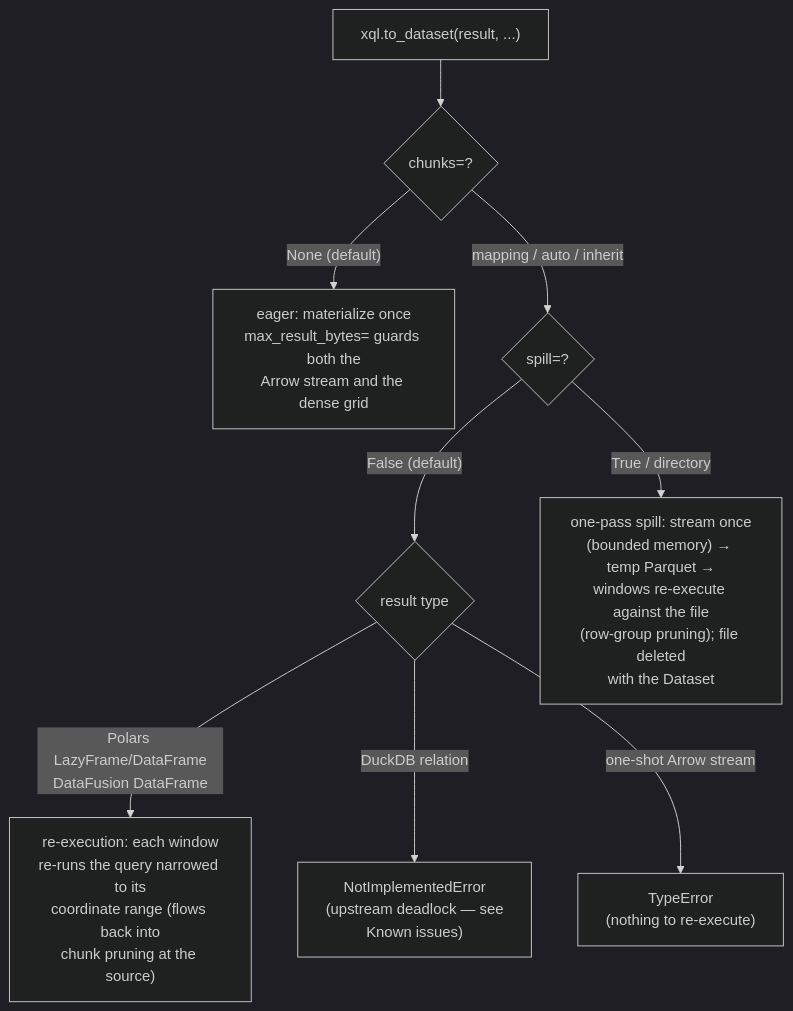
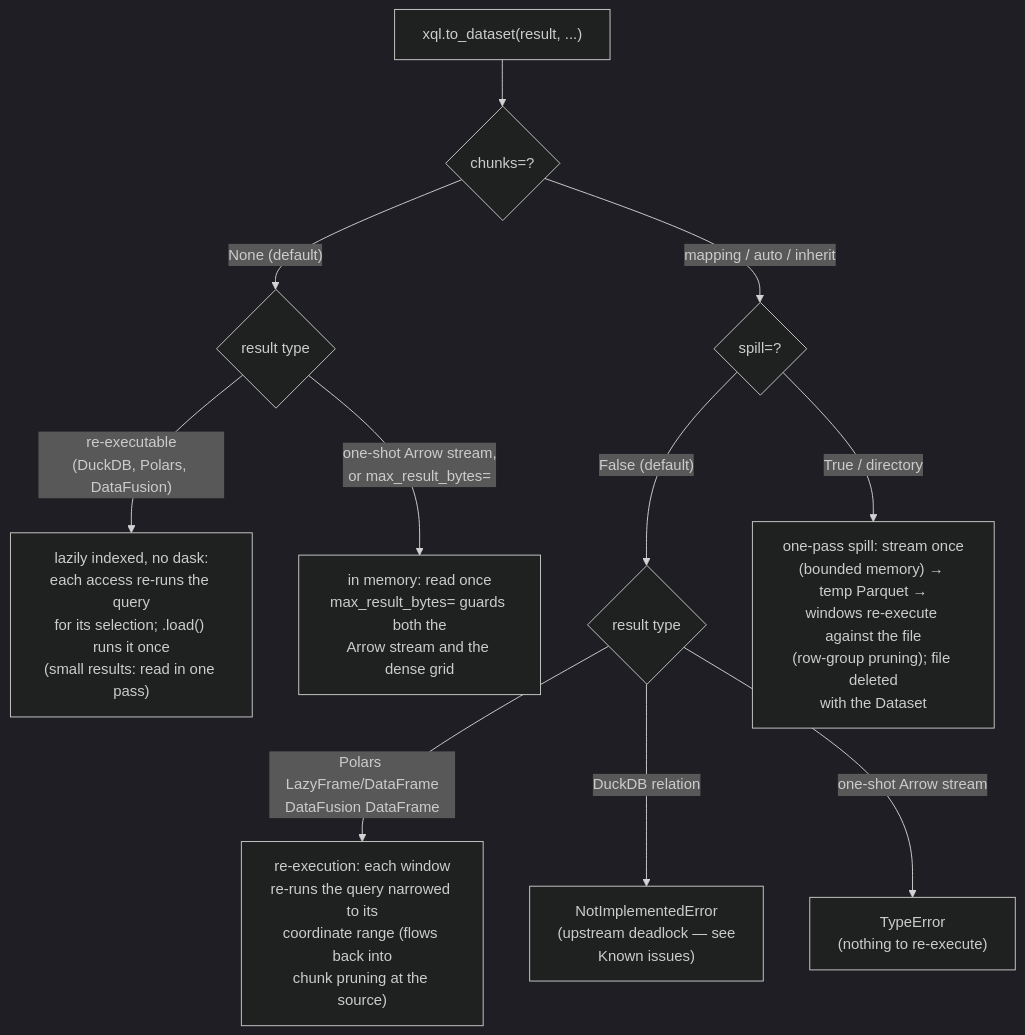
One commit to xqlsystems/xarray-sql changed the diagram in docs/engines.md. Above: the diagram before and after it, drawn with Mermaid (dark theme). The commit also changed other lines of this file and 7 other files, not shown here.

````diff
--- a/docs/engines.md
+++ b/docs/engines.md
@@ -501,11 +501,13 @@
 ```mermaid
 flowchart TB
     R["xql.to_dataset(result, ...)"] --> K{"chunks=?"}
-    K -- "None (default)" --> E["eager: materialize once<br/>max_result_bytes= guards both the<br/>Arrow stream and the dense grid"]
+    K -- "None (default)" --> LZ{"result type"}
+    LZ -- "re-executable<br/>(DuckDB, Polars, DataFusion)" --> LI["lazily indexed, no dask:<br/>each access re-runs the query<br/>for its selection; .load() runs it once<br/>(small results: read in one pass)"]
+    LZ -- "one-shot Arrow stream,<br/>or max_result_bytes=" --> E["in memory: read once<br/>max_result_bytes= guards both the<br/>Arrow stream and the dense grid"]
     K -- "mapping / auto / inherit" --> SP{"spill=?"}
     SP -- "False (default)" --> HD{"result type"}
     HD -- "Polars LazyFrame/DataFrame<br/>DataFusion DataFrame" --> RX["re-execution: each window<br/>re-runs the query narrowed to its<br/>coordinate range (flows back into<br/>chunk pruning at the source)"]
     HD -- "DuckDB relation" --> NO["NotImplementedError<br/>(upstream deadlock — see<br/>Known issues)"]
     HD -- "one-shot Arrow stream" --> NO2["TypeError<br/>(nothing to re-execute)"]
     SP -- "True / directory" --> SPL["one-pass spill: stream once<br/>(bounded memory) → temp Parquet →<br/>windows re-execute against the file<br/>(row-group pruning); file deleted<br/>with the Dataset"]
 ```
````
